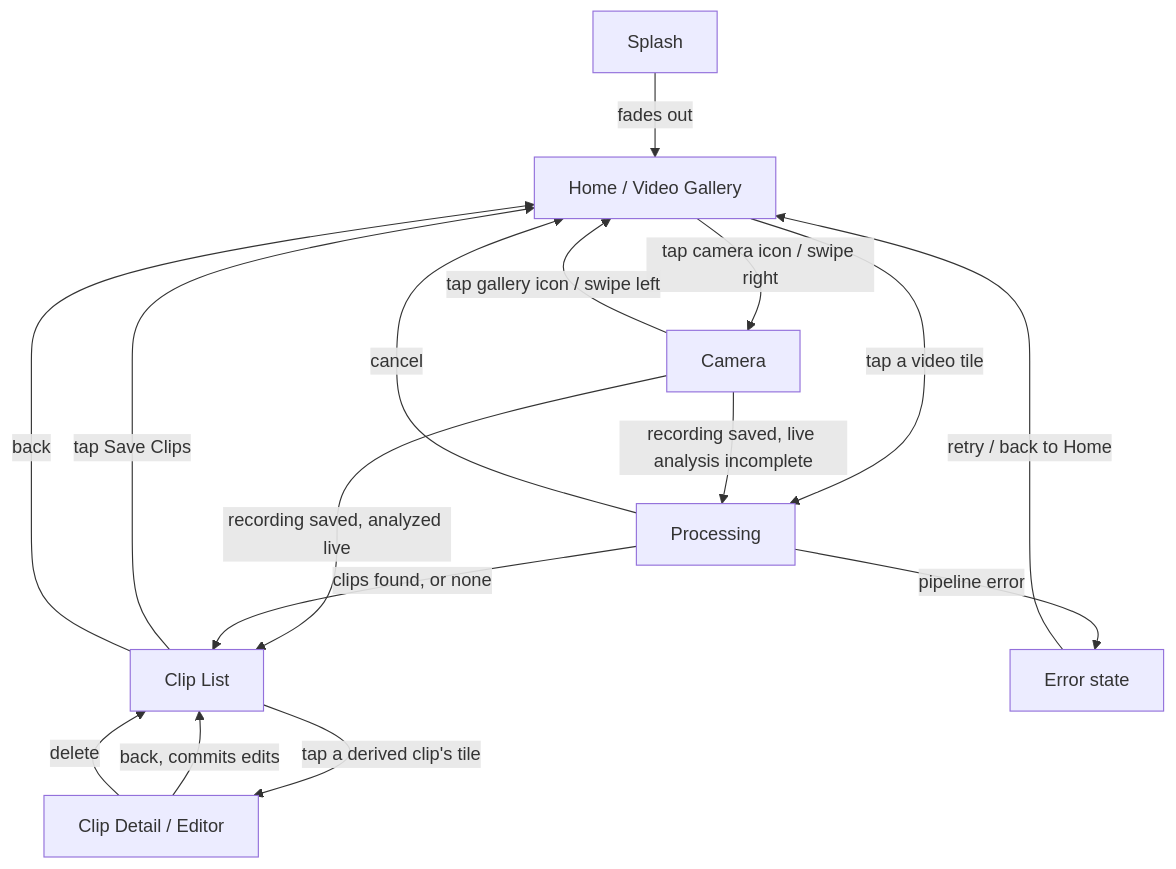
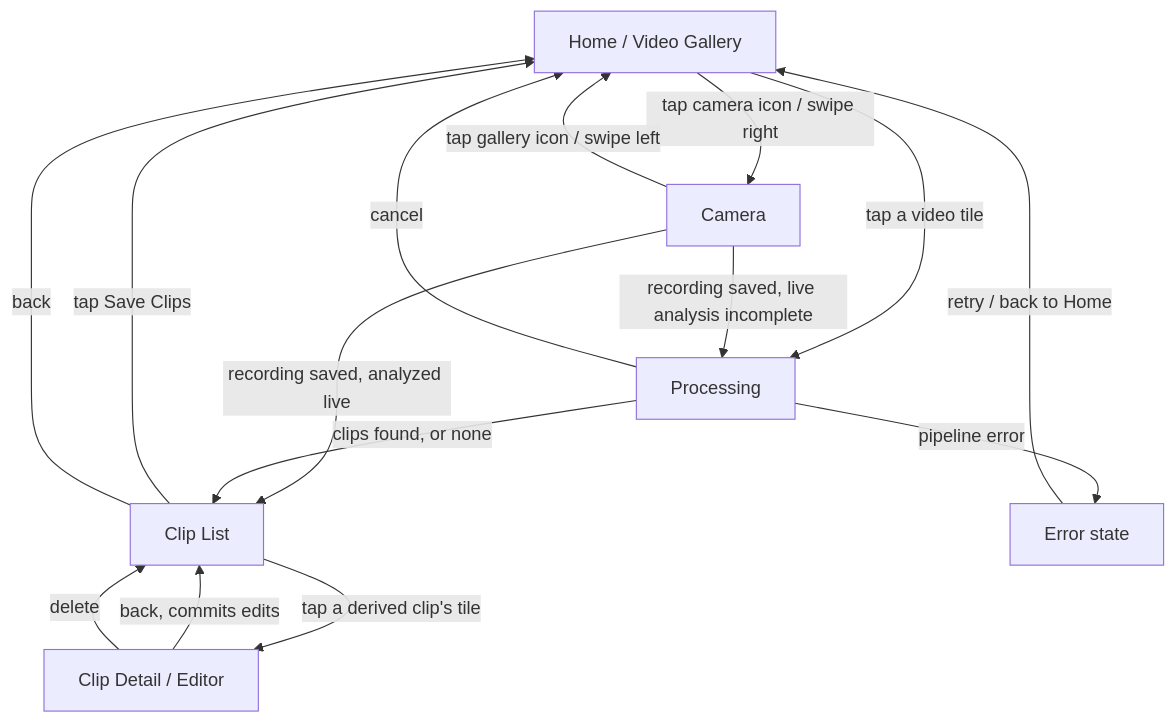
One commit to Museoie/turnip-ios changed the diagram in docs/UIUX.md. Above: the diagram before and after it, drawn with Mermaid. The commit also changed other lines of this file and 93 other files, not shown here.

````diff
--- a/docs/UIUX.md
+++ b/docs/UIUX.md
@@ -120,18 +120,17 @@
 ```mermaid
 flowchart TD
-    S[Splash] -->|fades out| A
     A[Home / Video Gallery] -->|tap a video tile| B[Processing]
     A -->|tap camera icon / swipe right| G[Camera]
     G -->|tap gallery icon / swipe left| A
     G -->|recording saved, analyzed live| C
     G -->|recording saved, live analysis incomplete| B
     B -->|clips found, or none| C[Clip List]
     B -->|pipeline error| E2[Error state]
     B -->|cancel| A
     E2 -->|retry / back to Home| A
     C -->|tap a derived clip's tile| D[Clip Detail / Editor]
     D -->|back, commits edits| C
     D -->|delete| C
     C -->|tap Save Clips| A
     C -->|back| A
 ```
````
